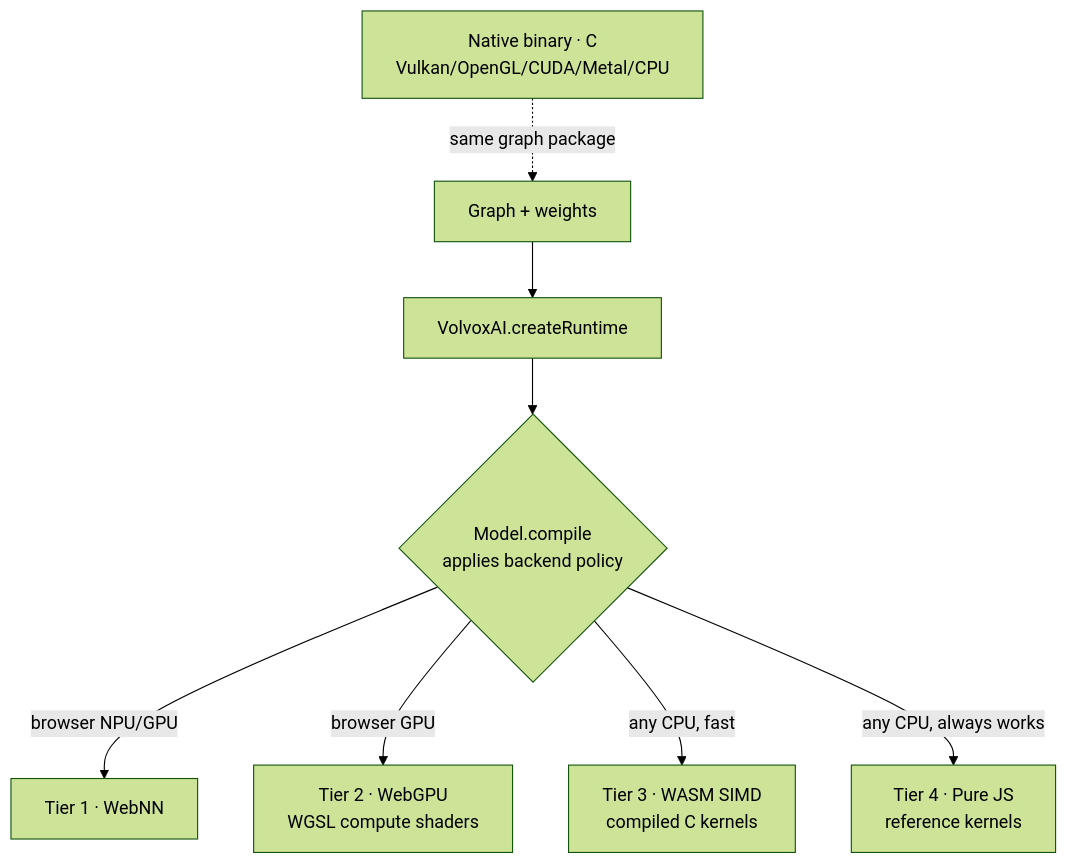
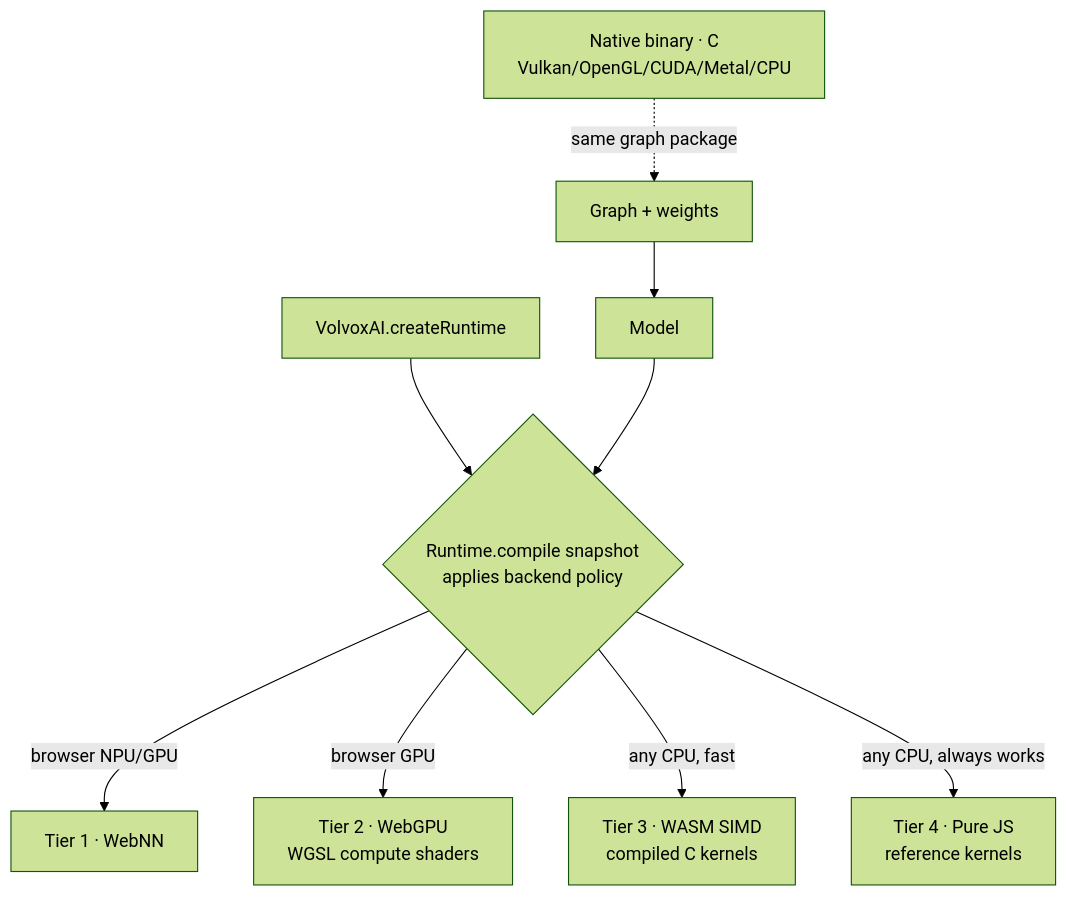
One commit to ivere27/volvoxai changed the diagram in docs/textbook/01-foundations.md. Above: the diagram before and after it, drawn with Mermaid (forest theme). The commit also changed other lines of this file and 742 other files, not shown here.

````diff
--- a/docs/textbook/01-foundations.md
+++ b/docs/textbook/01-foundations.md
@@ -299,10 +304,11 @@
 ```mermaid
 flowchart TD
-    G[Graph + weights] --> R[VolvoxAI.createRuntime]
-    R --> SEL{Model.compile<br/>applies backend policy}
+    G[Graph + weights] --> S[Model]
+    R[VolvoxAI.createRuntime] --> SEL{Runtime.compile snapshot<br/>applies backend policy}
+    S --> SEL
     SEL -->|browser NPU/GPU| T1[Tier 1 · WebNN]
     SEL -->|browser GPU| T2[Tier 2 · WebGPU<br/>WGSL compute shaders]
     SEL -->|any CPU, fast| T3[Tier 3 · WASM SIMD<br/>compiled C kernels]
     SEL -->|any CPU, always works| T4[Tier 4 · Pure JS<br/>reference kernels]
     N[Native binary · C<br/>Vulkan/OpenGL/CUDA/Metal/CPU] -.same graph package.-> G
 ```
````
